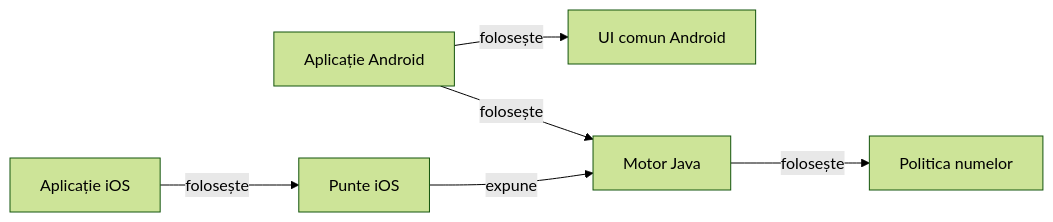
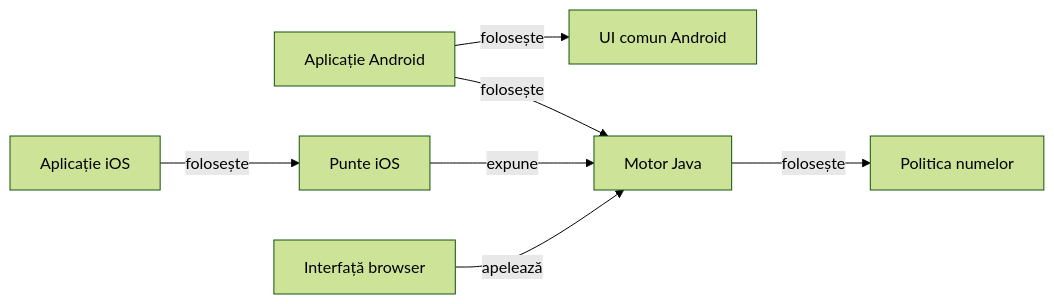
Before and after one commit to crististefanita/atf_j4: the second of 2 diagrams in README.md, drawn with Mermaid (forest theme). The commit also changed other lines of this file and 22 other files, not shown here.

````diff
--- a/README.md
+++ b/README.md
@@ -51,14 +51,16 @@
 ```mermaid
 flowchart LR
     app[Aplicație Android]
     atf_card_table_ui[UI comun Android]
     ios[Aplicație iOS]
     ios_bridge[Punte iOS]
+    browser[Interfață browser]
     game_core[Motor Java]
     card_table_names[Politica numelor]
     app -->|folosește| atf_card_table_ui
     app -->|folosește| game_core
     ios -->|folosește| ios_bridge
     ios_bridge -->|expune| game_core
+    browser -->|apelează| game_core
     game_core -->|folosește| card_table_names
 ```
````
